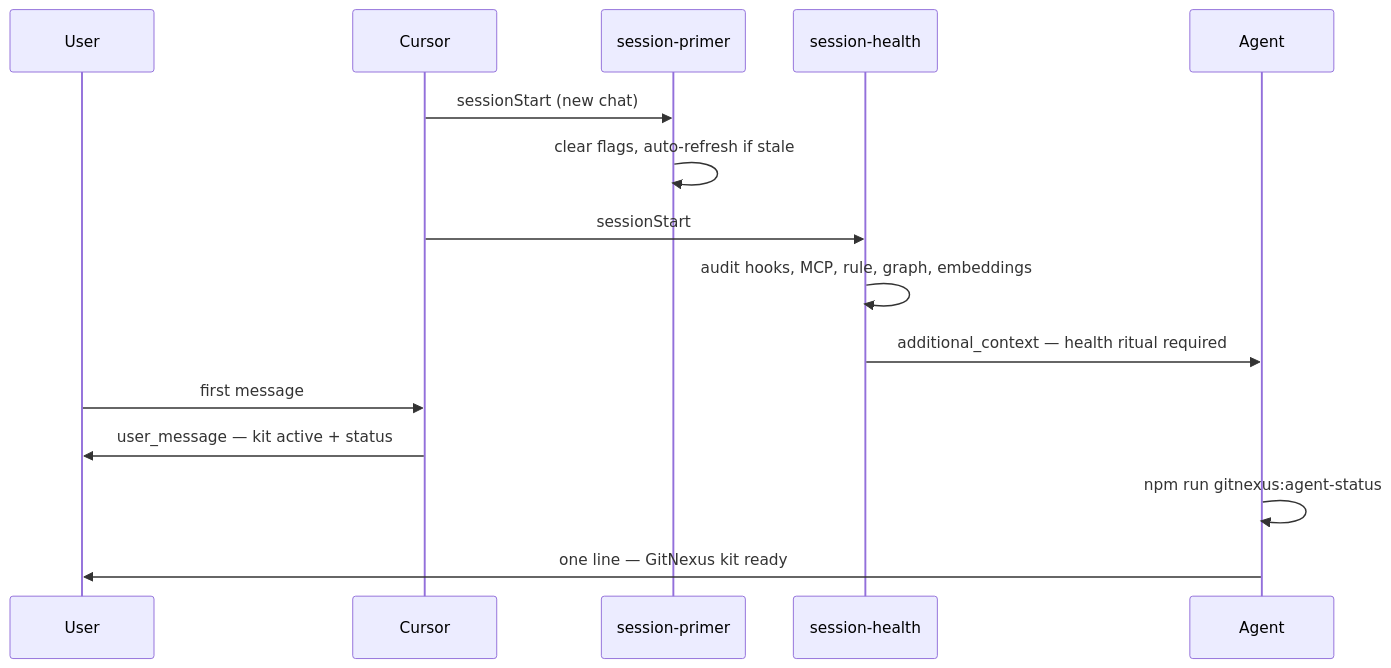
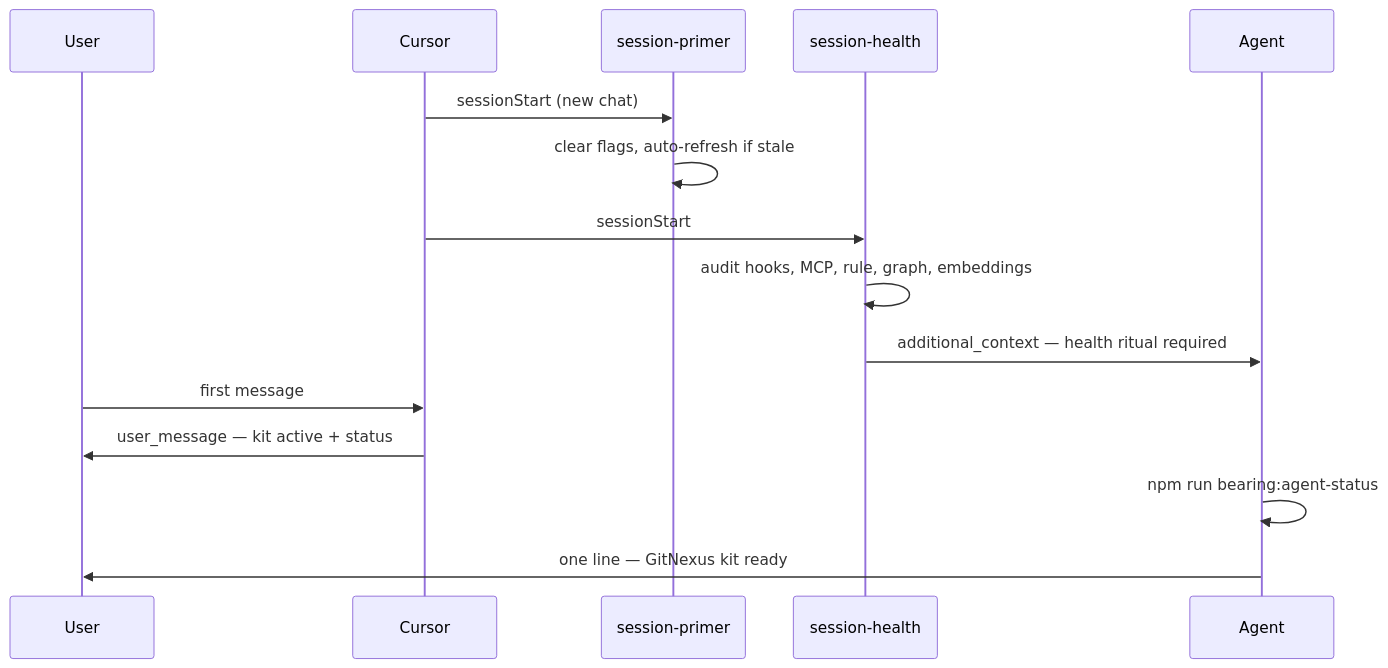
Before and after one commit to ReidenXerx/bearing: the sixth of 9 diagrams in docs/ARCHITECTURE.md, drawn with Mermaid. The commit also changed other lines of this file and 12 other files, not shown here.

````diff
--- a/docs/ARCHITECTURE.md
+++ b/docs/ARCHITECTURE.md
@@ -150,18 +150,18 @@
 ```mermaid
 sequenceDiagram
   participant User
   participant Cursor
   participant Primer as session-primer
   participant Health as session-health
   participant Agent
 
   Cursor->>Primer: sessionStart (new chat)
   Primer->>Primer: clear flags, auto-refresh if stale
   Cursor->>Health: sessionStart
   Health->>Health: audit hooks, MCP, rule, graph, embeddings
   Health->>Agent: additional_context — health ritual required
   User->>Cursor: first message
   Cursor->>User: user_message — kit active + status
-  Agent->>Agent: npm run gitnexus:agent-status
+  Agent->>Agent: npm run bearing:agent-status
   Agent->>User: one line — GitNexus kit ready
 ```
````
